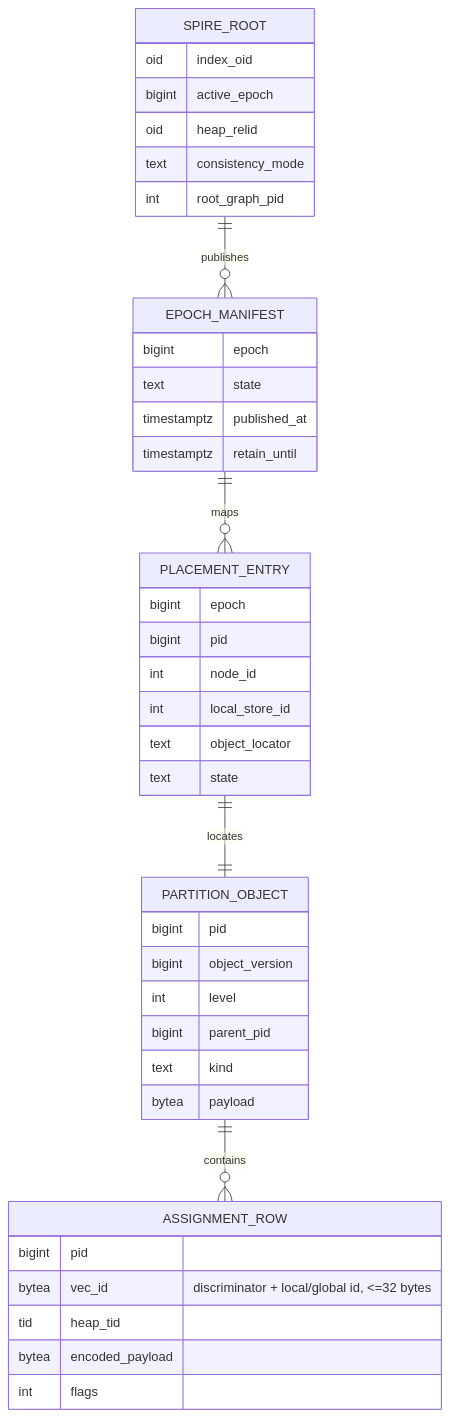
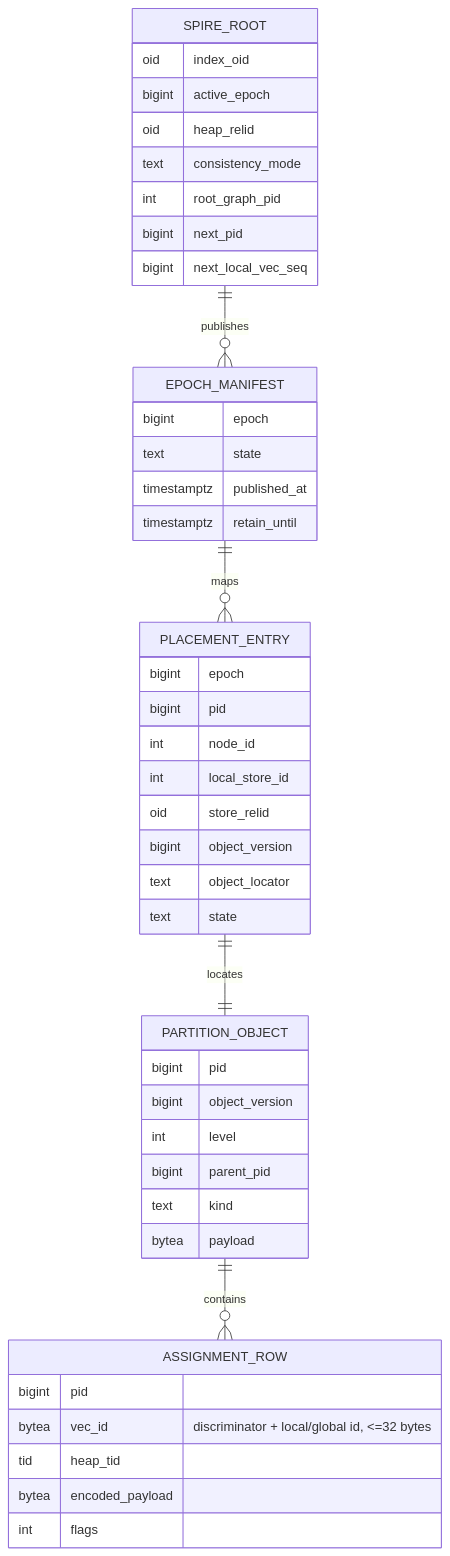
Before and after one commit to agent-ix/ecaz: the first of 2 diagrams in spec/functional/FR-038-spire-partition-object-storage.md, drawn with Mermaid. The commit also changed other lines of this file and 8 other files, not shown here.

````diff
--- a/spec/functional/FR-038-spire-partition-object-storage.md
+++ b/spec/functional/FR-038-spire-partition-object-storage.md
@@ -45,44 +46,48 @@
 ```mermaid
 erDiagram
     SPIRE_ROOT {
         oid index_oid
         bigint active_epoch
         oid heap_relid
         text consistency_mode
         int root_graph_pid
+        bigint next_pid
+        bigint next_local_vec_seq
     }
     EPOCH_MANIFEST {
         bigint epoch
         text state
         timestamptz published_at
         timestamptz retain_until
     }
     PLACEMENT_ENTRY {
         bigint epoch
         bigint pid
         int node_id
         int local_store_id
+        oid store_relid
+        bigint object_version
         text object_locator
         text state
     }
     PARTITION_OBJECT {
         bigint pid
         bigint object_version
         int level
         bigint parent_pid
         text kind
         bytea payload
     }
     ASSIGNMENT_ROW {
         bigint pid
         bytea vec_id "discriminator + local/global id, <=32 bytes"
         tid heap_tid
         bytea encoded_payload
         int flags
     }
 
     SPIRE_ROOT ||--o{ EPOCH_MANIFEST : publishes
     EPOCH_MANIFEST ||--o{ PLACEMENT_ENTRY : maps
     PLACEMENT_ENTRY ||--|| PARTITION_OBJECT : locates
     PARTITION_OBJECT ||--o{ ASSIGNMENT_ROW : contains
 ```
````
